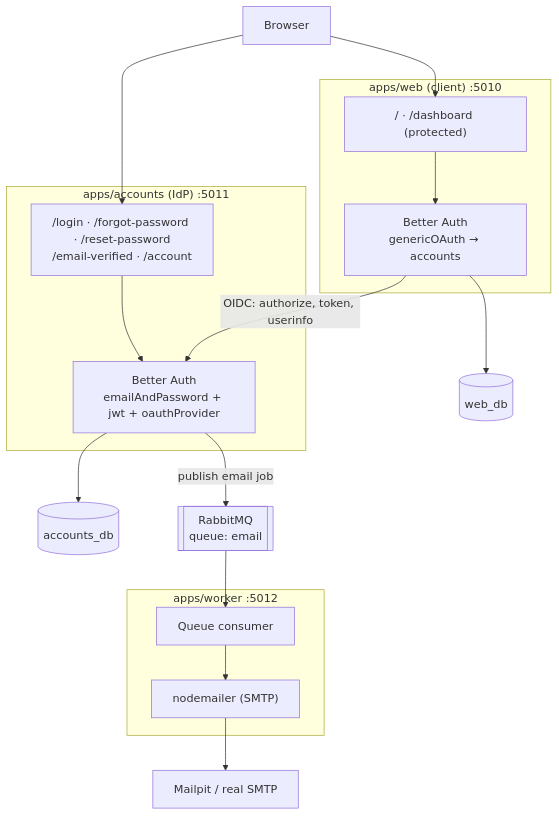
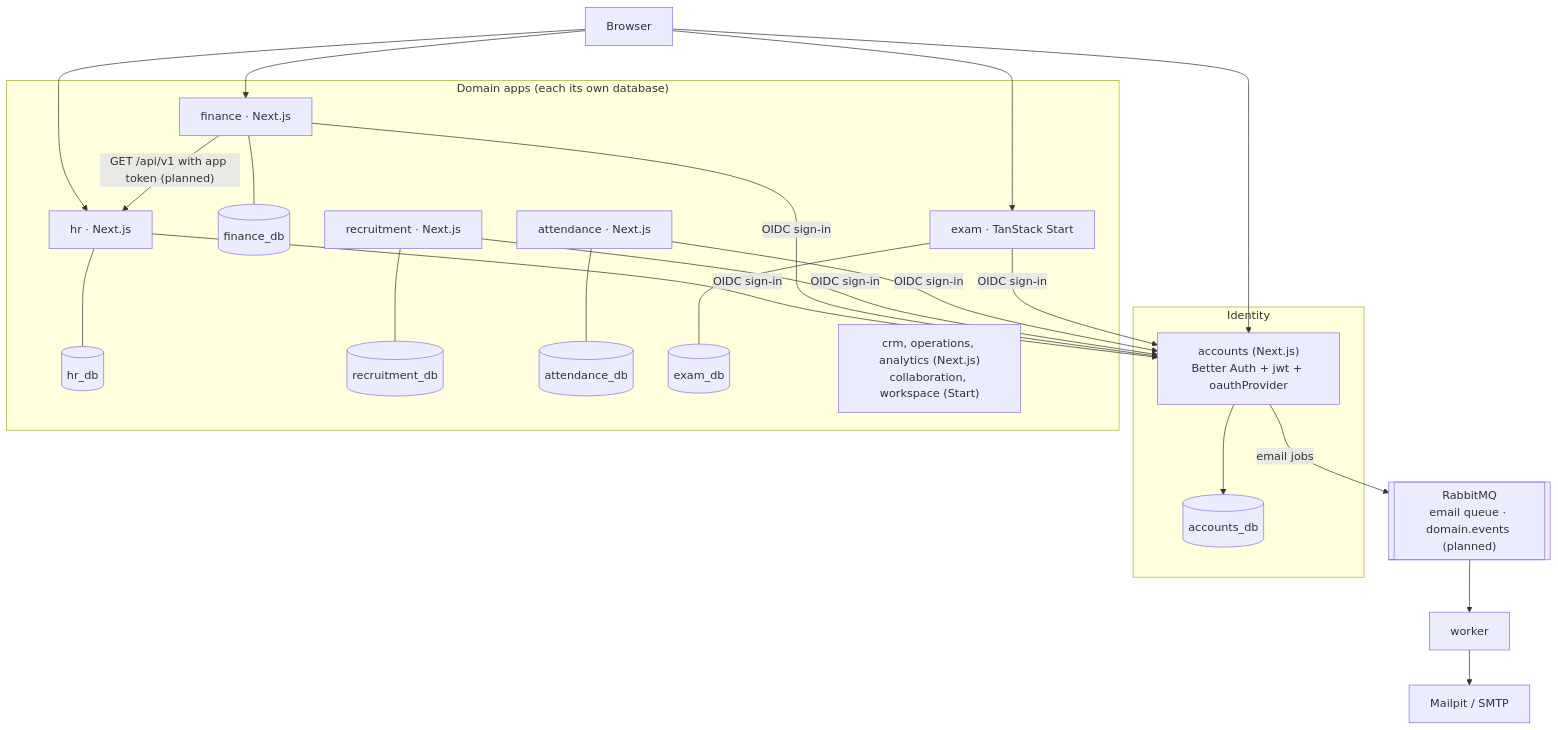
Before and after one commit to rmValdez/next-tanstack-framework-template: the diagram in ARCHITECTURE.md, drawn with Mermaid. The commit also changed other lines of this file and 25 other files, not shown here.

First line of the commit message:
Docs: rewrite for the final architecture (D17-D20), roadmap and build log

````diff
--- a/ARCHITECTURE.md
+++ b/ARCHITECTURE.md
@@ -35,32 +40,29 @@
 ```mermaid
 graph TD
     Browser["Browser"]
 
-    subgraph Accounts["apps/accounts (IdP) :5011"]
-        AccUI["/login · /forgot-password · /reset-password<br/>/email-verified · /account"]
-        AccAuth["Better Auth<br/>emailAndPassword + jwt + oauthProvider"]
+    subgraph Identity
+        ACC["accounts (Next.js)<br/>Better Auth + jwt + oauthProvider"]
+        ACCDB[("accounts_db")]
     end
 
-    subgraph Web["apps/web (client) :5010"]
-        WebUI["/ · /dashboard (protected)"]
-        WebAuth["Better Auth<br/>genericOAuth → accounts"]
+    subgraph Domains["Domain apps (each its own database)"]
+        HR["hr · Next.js"] --- HRDB[("hr_db")]
+        FIN["finance · Next.js"] --- FINDB[("finance_db")]
+        REC["recruitment · Next.js"] --- RECDB[("recruitment_db")]
+        ATT["attendance · Next.js"] --- ATTDB[("attendance_db")]
+        EXAM["exam · TanStack Start"] --- EXAMDB[("exam_db")]
+        MORE["crm, operations, analytics (Next.js)<br/>collaboration, workspace (Start)"]
     end
 
-    subgraph Worker["apps/worker :5012"]
-        Consumer["Queue consumer"]
-        Mailer["nodemailer (SMTP)"]
-    end
+    MQ[["RabbitMQ<br/>email queue · domain.events (planned)"]]
+    WK["worker"]
+    MAIL["Mailpit / SMTP"]
 
-    AccDB[("accounts_db")]
-    WebDB[("web_db")]
-    MQ[["RabbitMQ<br/>queue: email"]]
-    Mail["Mailpit / real SMTP"]
-
-    Browser --> AccUI --> AccAuth
-    Browser --> WebUI --> WebAuth
-    WebAuth -->|"OIDC: authorize, token, userinfo"| AccAuth
-    AccAuth --> AccDB
-    WebAuth --> WebDB
-    AccAuth -->|"publish email job"| MQ
-    MQ --> Consumer --> Mailer --> Mail
+    Browser --> ACC
+    Browser --> HR & FIN & EXAM
+    HR & FIN & REC & ATT & EXAM -->|"OIDC sign-in"| ACC
+    FIN -->|"GET /api/v1 with app token (planned)"| HR
+    ACC --> ACCDB
+    ACC -->|"email jobs"| MQ --> WK --> MAIL
 ```
````
